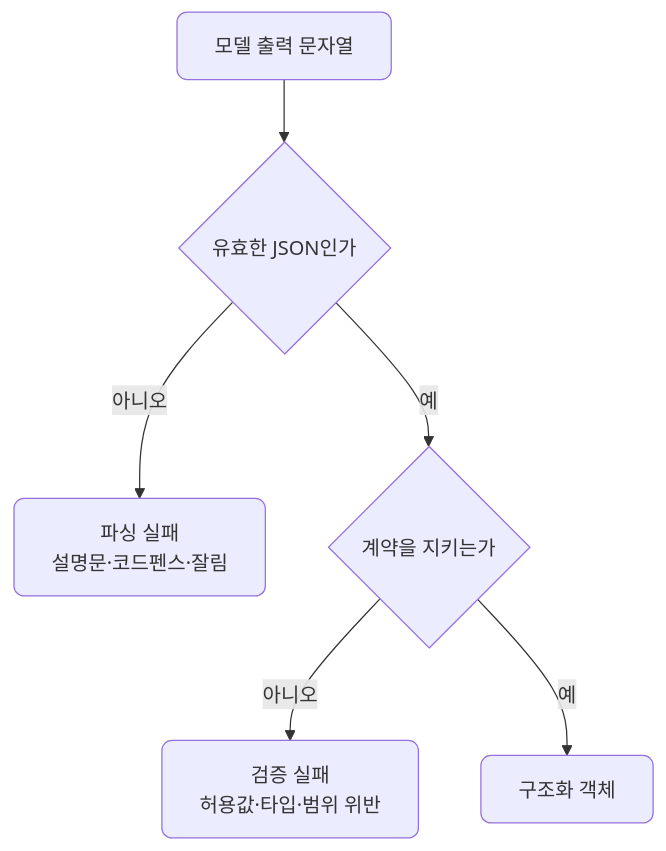
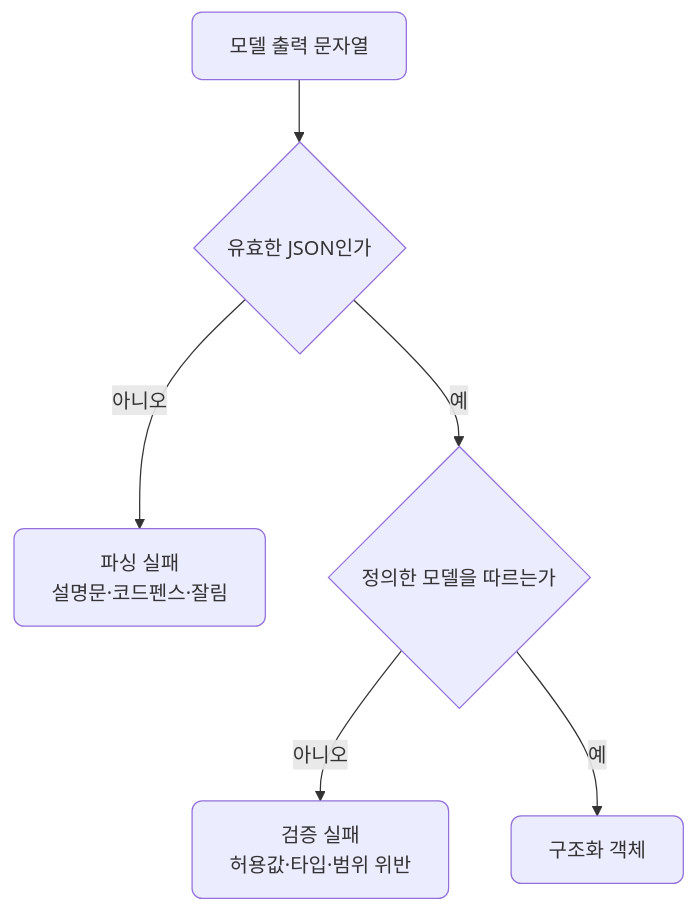
Before and after one commit to CodeCompose7/ai_service_engineering: the third of 4 diagrams in docs/section1/lec08/README.md, drawn with Mermaid. The commit also changed other lines of this file and 2 other files, not shown here.

````diff
--- a/docs/section1/lec08/README.md
+++ b/docs/section1/lec08/README.md
@@ -100,9 +103,9 @@
 ```mermaid
 flowchart TD
   S["모델 출력 문자열"] --> Q1{"유효한 JSON인가"}
   Q1 -->|"아니오"| L1["파싱 실패<br/>설명문·코드펜스·잘림"]
-  Q1 -->|"예"| Q2{"계약을 지키는가"}
+  Q1 -->|"예"| Q2{"정의한 모델을 따르는가"}
   Q2 -->|"아니오"| L2["검증 실패<br/>허용값·타입·범위 위반"]
   Q2 -->|"예"| OK["구조화 객체"]
   classDef default rx:8,ry:8;
 ```
````
